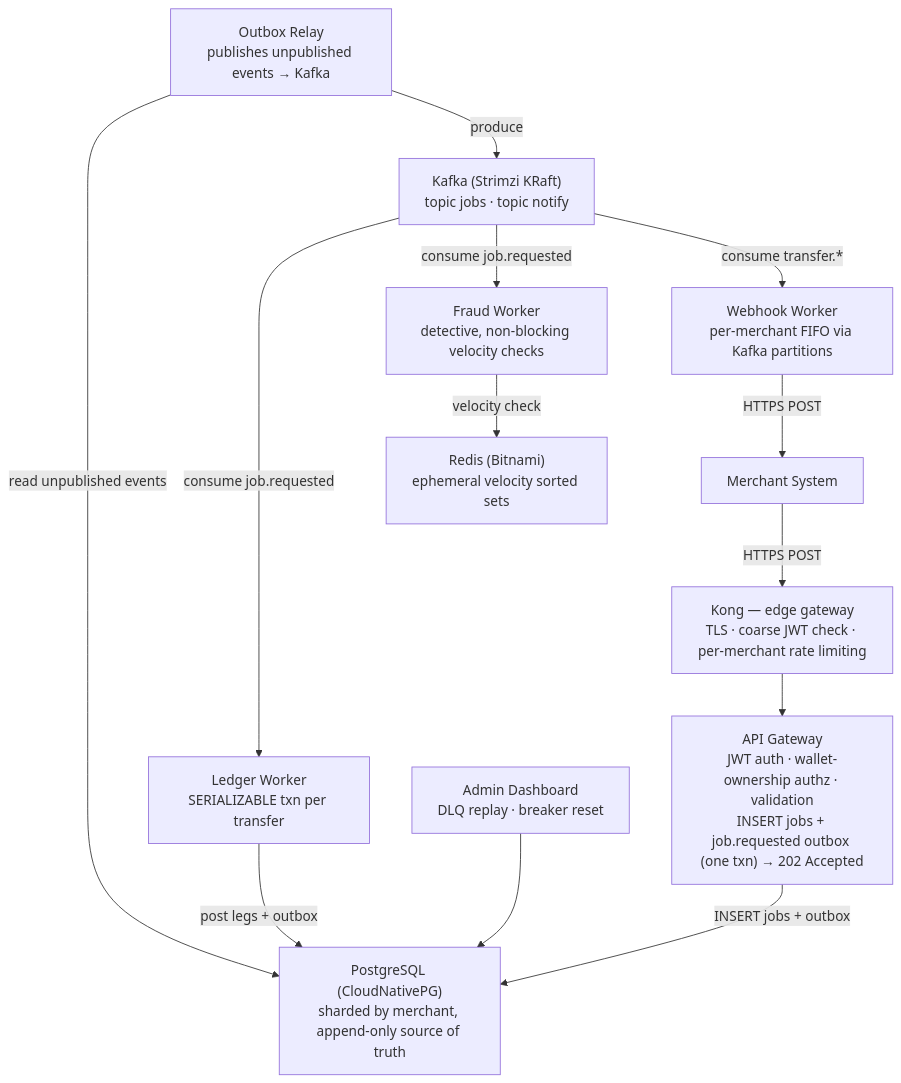
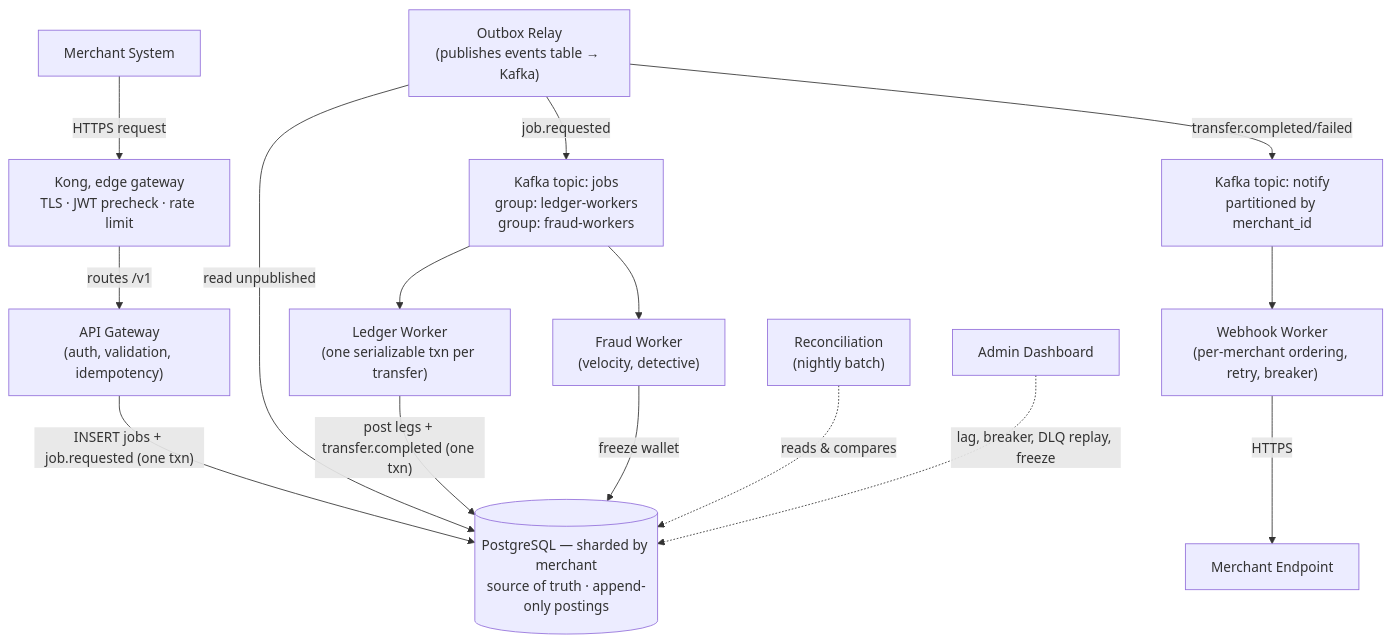
One commit to Joel-Ajayi/river-rust-queue changed the first of 2 diagrams in README.md. Above: the diagram before and after it, drawn with Mermaid. The commit also changed other lines of this file and 2 other files, not shown here.

````diff
--- a/README.md
+++ b/README.md
@@ -50,30 +53,18 @@
 ```mermaid
 graph TD
-    merchant["Merchant System"]
-    kong["Kong — edge gateway<br/>TLS · coarse JWT check · per-merchant rate limiting"]
-    gateway["API Gateway<br/>JWT auth · wallet-ownership authz · validation<br/>INSERT jobs + job.requested outbox (one txn) → 202 Accepted"]
-    postgres["PostgreSQL (CloudNativePG)<br/>sharded by merchant, append-only source of truth"]
-    relay["Outbox Relay<br/>publishes unpublished events → Kafka"]
-    kafka["Kafka (Strimzi KRaft)<br/>topic jobs · topic notify"]
-    ledgerWorker["Ledger Worker<br/>SERIALIZABLE txn per transfer"]
-    fraudWorker["Fraud Worker<br/>detective, non-blocking velocity checks"]
-    webhookWorker["Webhook Worker<br/>per-merchant FIFO via Kafka partitions"]
-    redisState["Redis (Bitnami)<br/>ephemeral velocity sorted sets"]
-    adminDashboard["Admin Dashboard<br/>DLQ replay · breaker reset"]
+  merchant["Merchant System"] -->|HTTPS request| kong["Kong, edge gateway<br/>TLS · JWT precheck · rate limit"]
+  kong -->|routes /v1| gateway["API Gateway<br/>(auth, validation, idempotency)"]
+  gateway -->|"INSERT jobs + job.requested (one txn)"| db[("PostgreSQL — sharded by merchant<br/>source of truth · append-only postings")]
+  relay["Outbox Relay<br/>(publishes events table → Kafka)"] -->|read unpublished| db
+  relay -->|job.requested| jobsTopic["Kafka topic: jobs<br/>group: ledger-workers<br/>group: fraud-workers"]
+  relay -->|transfer.completed/failed| notifyTopic["Kafka topic: notify<br/>partitioned by merchant_id"]
+  jobsTopic --> ledgerWorker["Ledger Worker<br/>(one serializable txn per transfer)"]
+  jobsTopic --> fraudWorker["Fraud Worker<br/>(velocity, detective)"]
+  ledgerWorker -->|"post legs + transfer.completed (one txn)"| db
+  fraudWorker -->|freeze wallet| db
+  notifyTopic --> webhookWorker["Webhook Worker<br/>(per-merchant ordering, retry, breaker)"]
+  webhookWorker -->|HTTPS| merchantEndpoint["Merchant Endpoint"]
 
-    merchant -->|"HTTPS POST"| kong
-    kong --> gateway
-    gateway -->|"INSERT jobs + outbox"| postgres
-
-    relay -->|"read unpublished events"| postgres
-    relay -->|"produce"| kafka
-
-    kafka -->|"consume job.requested"| ledgerWorker
-    kafka -->|"consume job.requested"| fraudWorker
-    kafka -->|"consume transfer.*"| webhookWorker
-
-    ledgerWorker -->|"post legs + outbox"| postgres
-    fraudWorker -->|"velocity check"| redisState
-    webhookWorker -->|"HTTPS POST"| merchant
-    adminDashboard --> postgres
+  reconciliation["Reconciliation<br/>(nightly batch)"] -.->|reads & compares| db
+  adminDashboard["Admin Dashboard"] -.->|lag, breaker, DLQ replay, freeze| db
 ```
````
